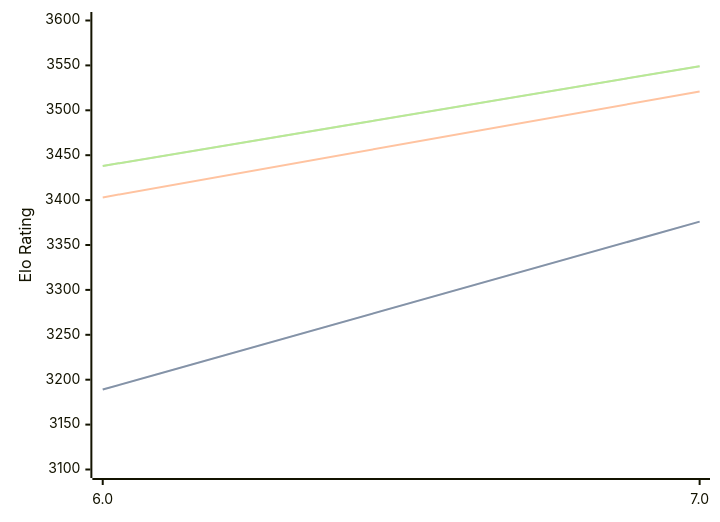
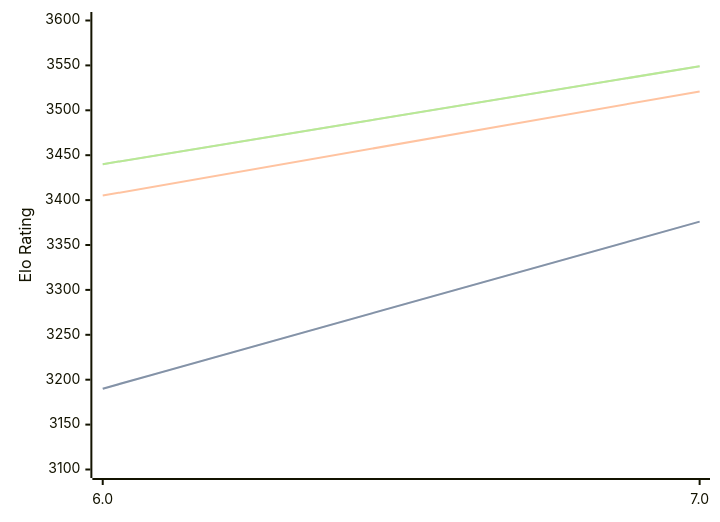
One commit to computer-chess-index/cci changed the diagram in engines/Devre.md. Above: the diagram before and after it, drawn with Mermaid. The commit also changed other lines of this file, not shown here.

Commit message:
Update CCI Ratings (ELO VLTC) - 2026-09-06

````diff
--- a/engines/Devre.md
+++ b/engines/Devre.md
@@ -32,11 +32,11 @@
 ```mermaid
 %%{init: {"theme":"base","themeVariables":{"seriesColors:['#a3a3a3','#222221','#faa371']}}}%%
 xychart-beta
   x-axis ["6.0", "7.0"]
   y-axis "Elo Rating" 3100 --> 3600
-  line "" [3189, 3376]
-  line "STC (8.0+0.08s)" [3189, 3376]
-  line "LTC (60.0+0.60s)" [3403, 3521]
-  line "" [3438, 3549]
-  line "VLTC (2m24s+1.12s)" [3438, 3549]
+  line "" [3190, 3376]
+  line "STC (8.0+0.08s)" [3190, 3376]
+  line "LTC (60.0+0.60s)" [3405, 3521]
+  line "" [3440, 3549]
+  line "VLTC (2m24s+1.12s)" [3440, 3549]
 ```
````
